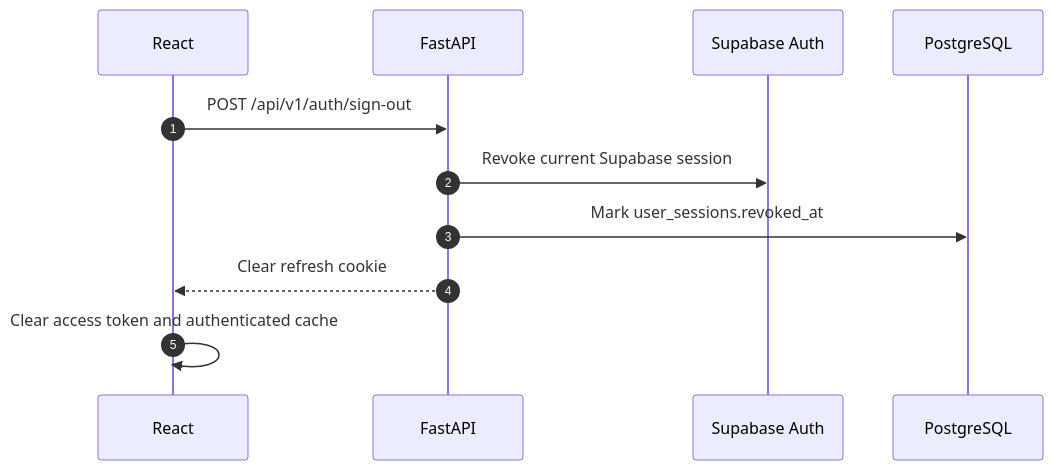
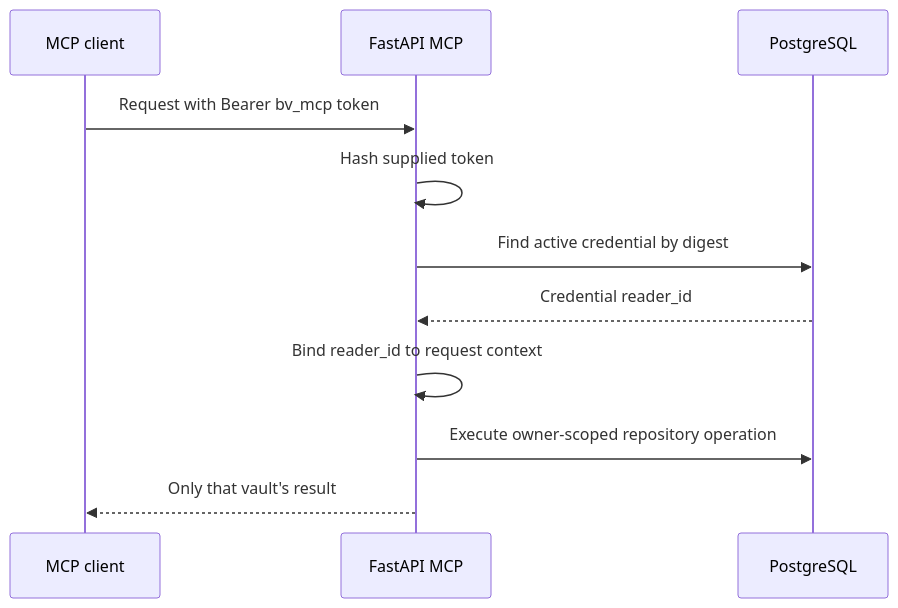
One commit to maheshdrago/blog-vault changed the eighth of 9 diagrams in docs/authentication-and-session-architecture.md. Above: the diagram before and after it, drawn with Mermaid. The commit also changed other lines of this file and 59 other files, not shown here.

Commit message:
add authenticated private blog vault

````diff
--- a/docs/authentication-and-session-architecture.md
+++ b/docs/authentication-and-session-architecture.md
@@ -306,14 +317,14 @@
 ```mermaid
 sequenceDiagram
-    autonumber
-    participant R as React
-    participant F as FastAPI
-    participant S as Supabase Auth
+    participant C as MCP client
+    participant F as FastAPI MCP
     participant D as PostgreSQL
 
-    R->>F: POST /api/v1/auth/sign-out
-    F->>S: Revoke current Supabase session
-    F->>D: Mark user_sessions.revoked_at
-    F-->>R: Clear refresh cookie
-    R->>R: Clear access token and authenticated cache
+    C->>F: Request with Bearer bv_mcp token
+    F->>F: Hash supplied token
+    F->>D: Find active credential by digest
+    D-->>F: Credential reader_id
+    F->>F: Bind reader_id to request context
+    F->>D: Execute owner-scoped repository operation
+    F-->>C: Only that vault's result
 ```
````
